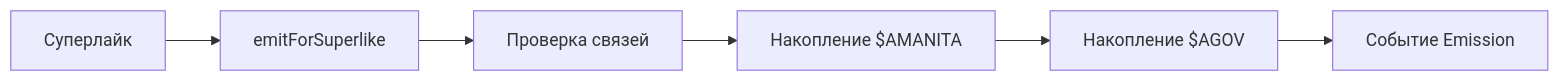
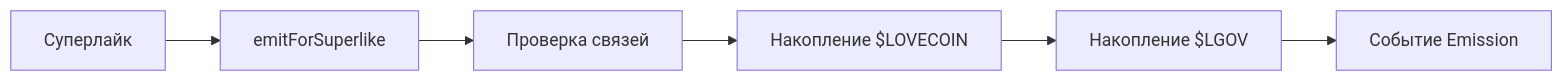
One commit to ViralLove/amanita changed the first of 3 diagrams in contracts/docs/LoveEmissionEngine.md. Above: the diagram before and after it, drawn with Mermaid. The commit also changed other lines of this file and 6 other files, not shown here.

````diff
--- a/contracts/docs/LoveEmissionEngine.md
+++ b/contracts/docs/LoveEmissionEngine.md
@@ -271,8 +271,8 @@
 ```mermaid
 graph LR
     A[Суперлайк] --> B[emitForSuperlike]
     B --> C[Проверка связей]
-    C --> D[Накопление $AMANITA]
-    D --> E[Накопление $AGOV]
+    C --> D[Накопление $LOVECOIN]
+    D --> E[Накопление $LGOV]
     E --> F[Событие Emission]
 ```
````
